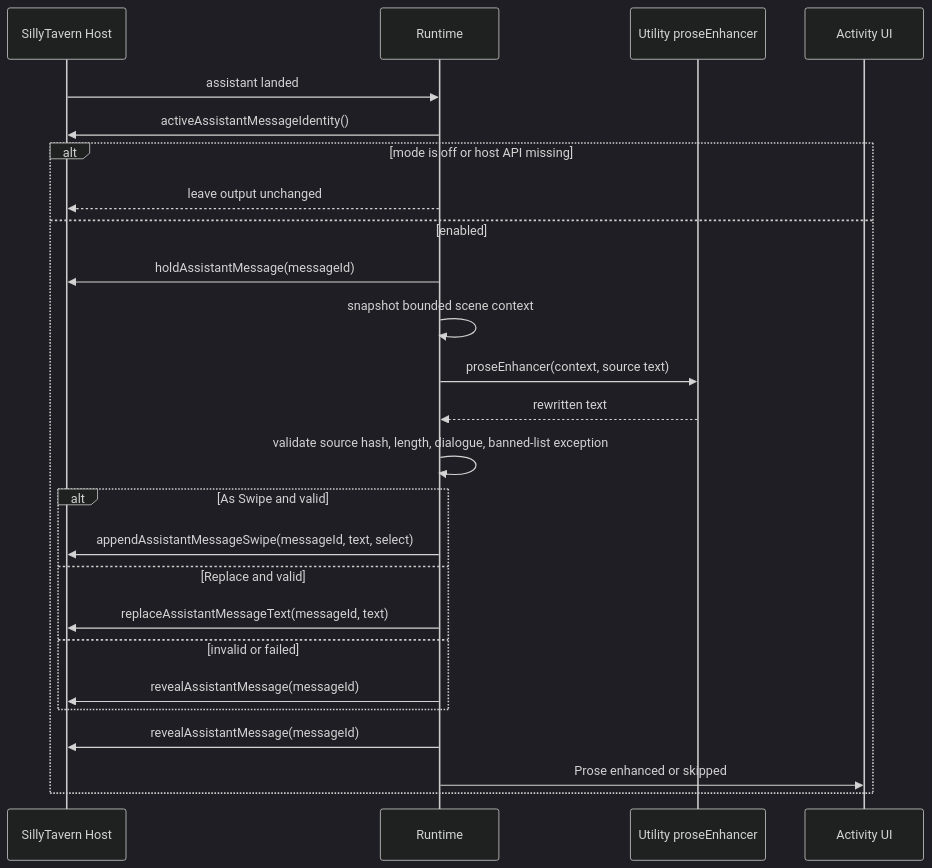
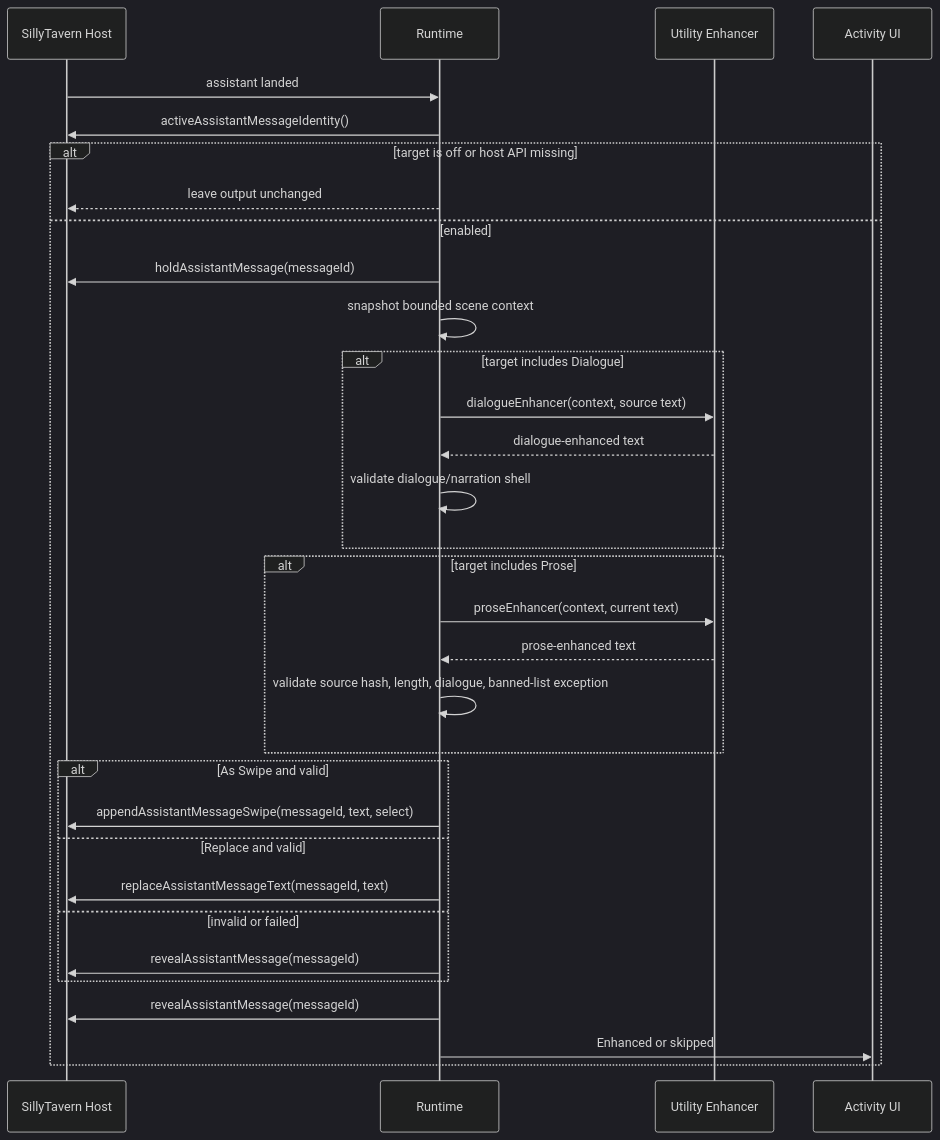
One commit to MentallyQuill/Recursion changed the third of 5 diagrams in docs/technical/RUNTIME_TURN_SEQUENCE.md. Above: the diagram before and after it, drawn with Mermaid (dark theme). The commit also changed other lines of this file and 29 other files, not shown here.

````diff
--- a/docs/technical/RUNTIME_TURN_SEQUENCE.md
+++ b/docs/technical/RUNTIME_TURN_SEQUENCE.md
@@ -106,28 +106,35 @@
 ```mermaid
 sequenceDiagram
     participant Host as SillyTavern Host
     participant Runtime as Runtime
-    participant Utility as Utility proseEnhancer
+    participant Utility as Utility Enhancer
     participant UI as Activity UI
 
     Host->>Runtime: assistant landed
     Runtime->>Host: activeAssistantMessageIdentity()
-    alt mode is off or host API missing
+    alt target is off or host API missing
         Runtime-->>Host: leave output unchanged
     else enabled
         Runtime->>Host: holdAssistantMessage(messageId)
         Runtime->>Runtime: snapshot bounded scene context
-        Runtime->>Utility: proseEnhancer(context, source text)
-        Utility-->>Runtime: rewritten text
-        Runtime->>Runtime: validate source hash, length, dialogue, banned-list exception
+        alt target includes Dialogue
+            Runtime->>Utility: dialogueEnhancer(context, source text)
+            Utility-->>Runtime: dialogue-enhanced text
+            Runtime->>Runtime: validate dialogue/narration shell
+        end
+        alt target includes Prose
+            Runtime->>Utility: proseEnhancer(context, current text)
+            Utility-->>Runtime: prose-enhanced text
+            Runtime->>Runtime: validate source hash, length, dialogue, banned-list exception
+        end
         alt As Swipe and valid
             Runtime->>Host: appendAssistantMessageSwipe(messageId, text, select)
         else Replace and valid
             Runtime->>Host: replaceAssistantMessageText(messageId, text)
         else invalid or failed
             Runtime->>Host: revealAssistantMessage(messageId)
         end
         Runtime->>Host: revealAssistantMessage(messageId)
-        Runtime->>UI: Prose enhanced or skipped
+        Runtime->>UI: Enhanced or skipped
     end
 ```
````
